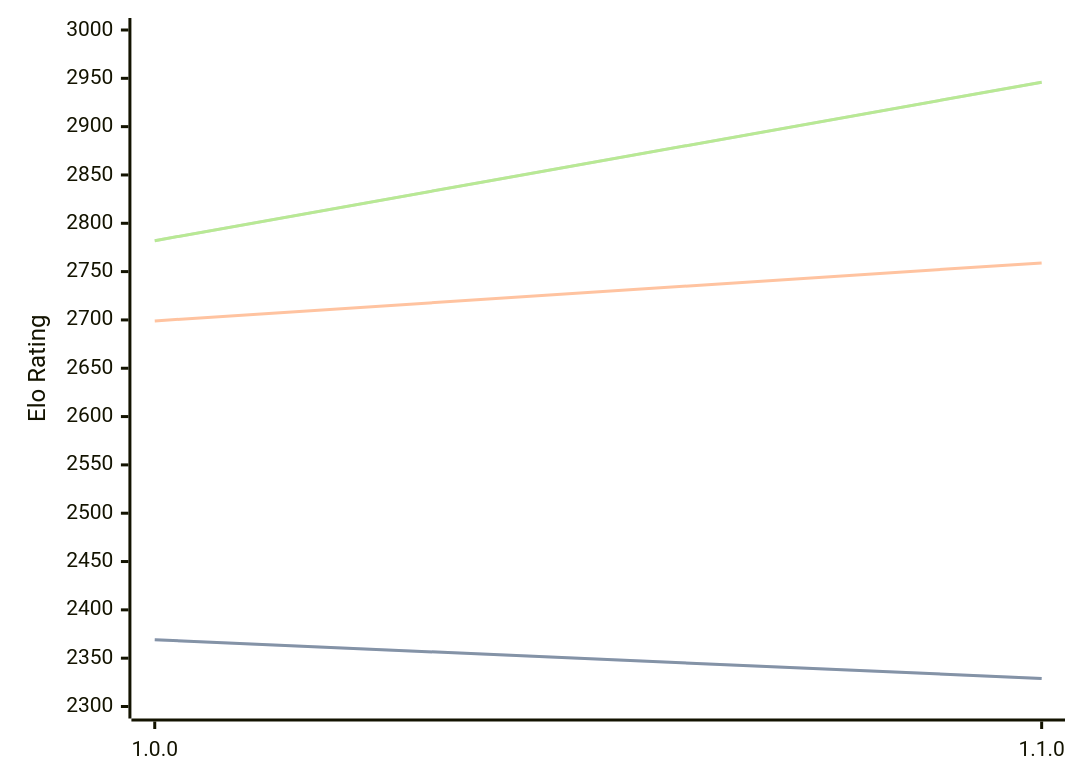
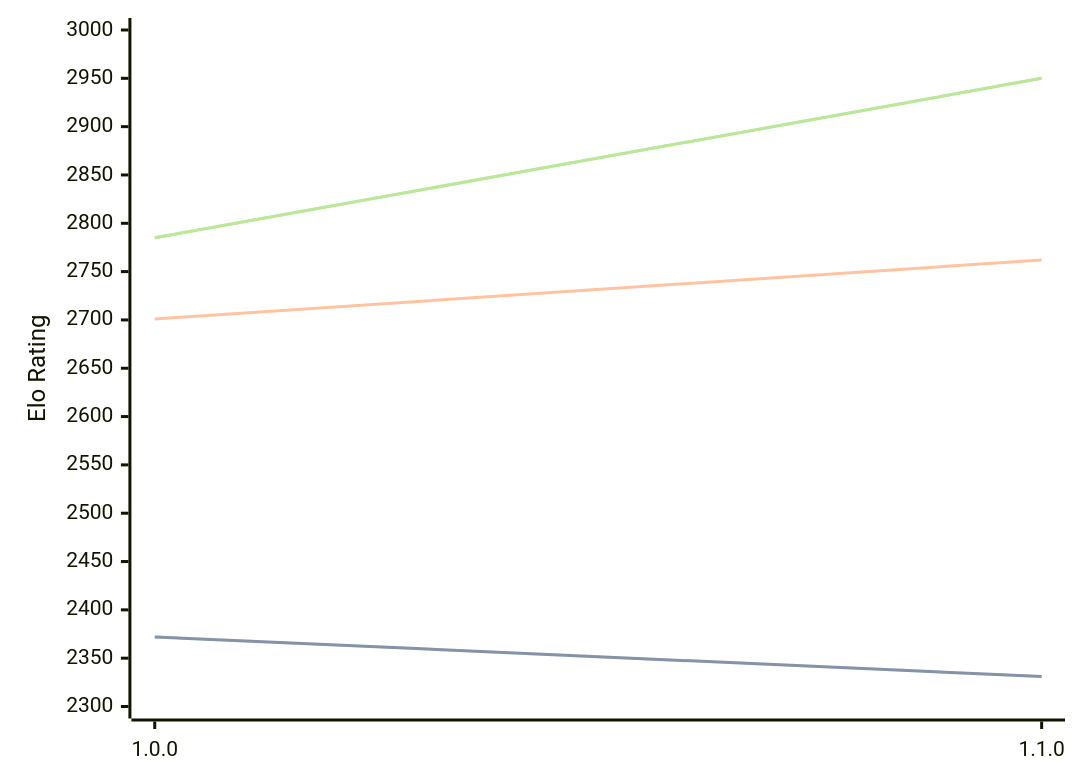
Before and after one commit to computer-chess-index/cci: the diagram in engines/ShallowGuess.md, drawn with Mermaid. The commit also changed other lines of this file, not shown here.

Commit message:
Update CCI Ratings (ELO VLTC) - 2026-04-30

````diff
--- a/engines/ShallowGuess.md
+++ b/engines/ShallowGuess.md
@@ -36,11 +36,11 @@
 ```mermaid
 %%{init: {"theme":"base","themeVariables":{"seriesColors:['#a3a3a3','#222221','#faa371']}}}%%
 xychart-beta
   x-axis ["1.0.0", "1.1.0"]
   y-axis "Elo Rating" 2300 --> 3000
-  line "STC (8.0+0.08s)" [2369, 2329]
-  line "STC (8.0+0.08s)" [2369, 2329]
-  line "LTC (60.0+0.60s)" [2699, 2759]
-  line "VLTC (2m24s+1.12s)" [2782, 2946]
-  line "VLTC (2m24s+1.12s)" [2782, 2946]
+  line "STC (8.0+0.08s)" [2372, 2331]
+  line "STC (8.0+0.08s)" [2372, 2331]
+  line "LTC (60.0+0.60s)" [2701, 2762]
+  line "VLTC (2m24s+1.12s)" [2785, 2950]
+  line "VLTC (2m24s+1.12s)" [2785, 2950]
 ```
````
